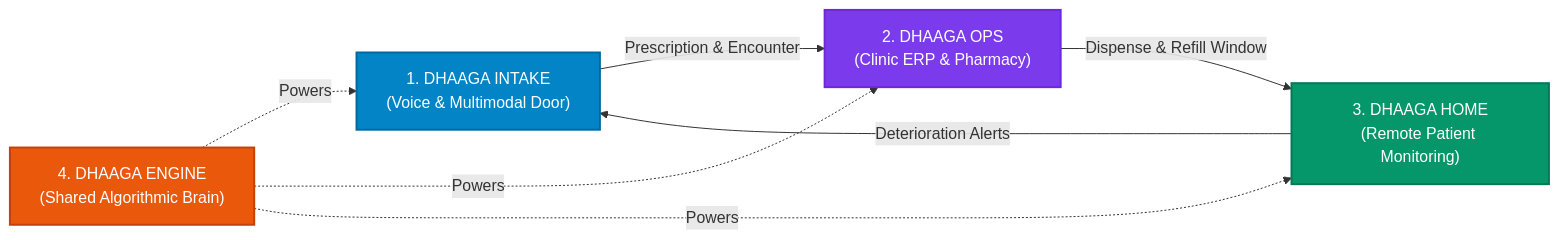
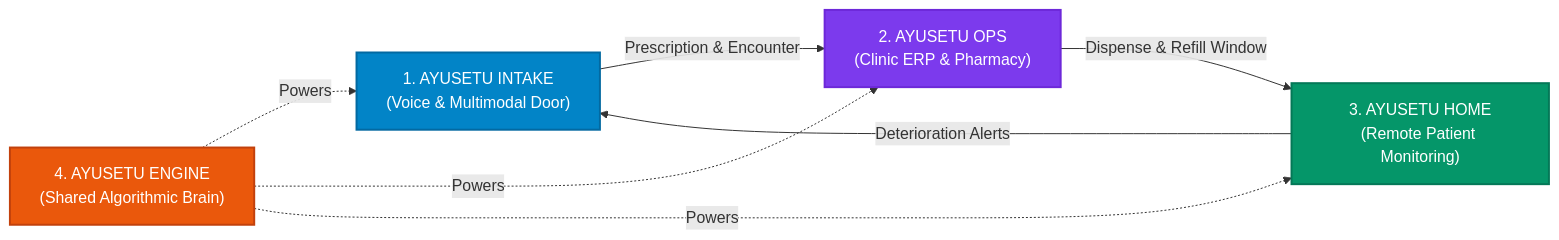
One commit to potlasrisharan/hackshift-sudarshan changed the third of 4 diagrams in README.md. Above: the diagram before and after it, drawn with Mermaid. The commit also changed other lines of this file, not shown here.

Commit message:
docs: rename platform to AYUSETU across README

````diff
--- a/README.md
+++ b/README.md
@@ -124,19 +124,19 @@
 ```mermaid
 graph LR
-    M1["1. DHAAGA INTAKE\n(Voice & Multimodal Door)"] -->|"Prescription & Encounter"| M2["2. DHAAGA OPS\n(Clinic ERP & Pharmacy)"]
-    M2 -->|"Dispense & Refill Window"| M3["3. DHAAGA HOME\n(Remote Patient Monitoring)"]
+    M1["1. AYUSETU INTAKE\n(Voice & Multimodal Door)"] -->|"Prescription & Encounter"| M2["2. AYUSETU OPS\n(Clinic ERP & Pharmacy)"]
+    M2 -->|"Dispense & Refill Window"| M3["3. AYUSETU HOME\n(Remote Patient Monitoring)"]
     M3 -->|"Deterioration Alerts"| M1
-    M4["4. DHAAGA ENGINE\n(Shared Algorithmic Brain)"] -. Powers .-> M1
+    M4["4. AYUSETU ENGINE\n(Shared Algorithmic Brain)"] -. Powers .-> M1
     M4 -. Powers .-> M2
     M4 -. Powers .-> M3
 
     classDef intake fill:#0284c7,stroke:#0369a1,stroke-width:2px,color:#fff;
     classDef ops fill:#7c3aed,stroke:#6d28d9,stroke-width:2px,color:#fff;
     classDef home fill:#059669,stroke:#047857,stroke-width:2px,color:#fff;
     classDef engine fill:#ea580c,stroke:#c2410c,stroke-width:2px,color:#fff;
 
     class M1 intake;
     class M2 ops;
     class M3 home;
     class M4 engine;
 ```
````
